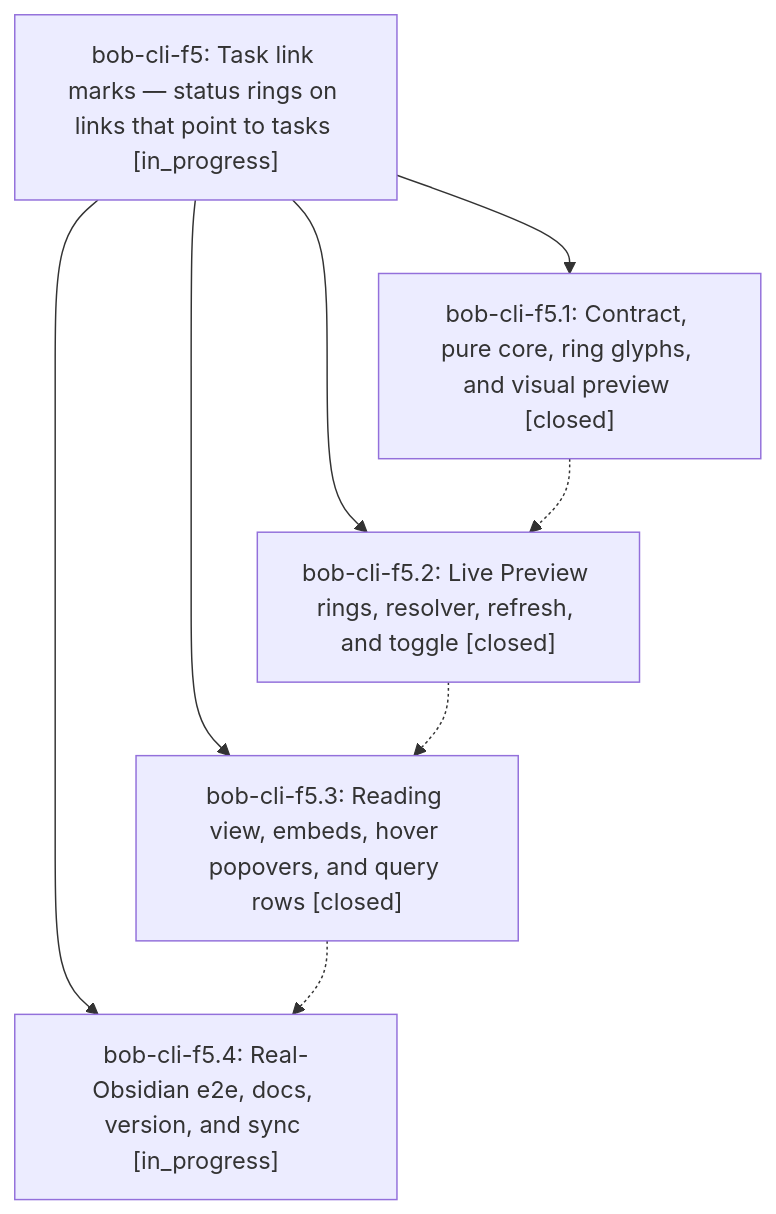
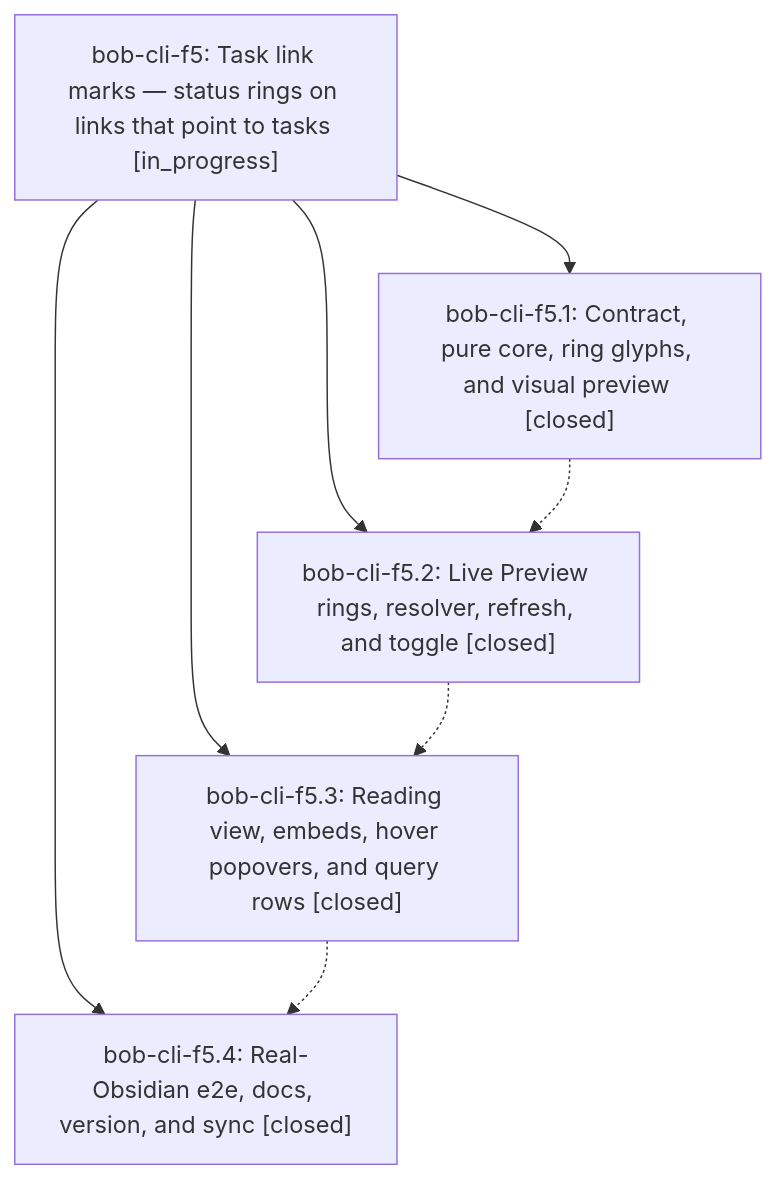
The diagram in pages/bob-cli-f5/README.md (bobs-org/bob-cli--beads), drawn with Mermaid before and after one commit. The commit also changed other lines of this file and 2 other files, not shown here.

First line of the commit message:
chore(beads): sync bead state and pages for bob-cli-f5

````diff
--- a/pages/bob-cli-f5/README.md
+++ b/pages/bob-cli-f5/README.md
@@ -39,15 +39,15 @@
 ```mermaid
 flowchart TD
     n0["bob-cli-f5: Task link marks — status rings on links that point to tasks [in_progress]"]
     n1["bob-cli-f5.1: Contract, pure core, ring glyphs, and visual preview [closed]"]
     n2["bob-cli-f5.2: Live Preview rings, resolver, refresh, and toggle [closed]"]
     n3["bob-cli-f5.3: Reading view, embeds, hover popovers, and query rows [closed]"]
-    n4["bob-cli-f5.4: Real-Obsidian e2e, docs, version, and sync [in_progress]"]
+    n4["bob-cli-f5.4: Real-Obsidian e2e, docs, version, and sync [closed]"]
     n0 --> n1
     n0 --> n2
     n0 --> n3
     n0 --> n4
     n1 -.-> n2
     n2 -.-> n3
     n3 -.-> n4
 ```
````
